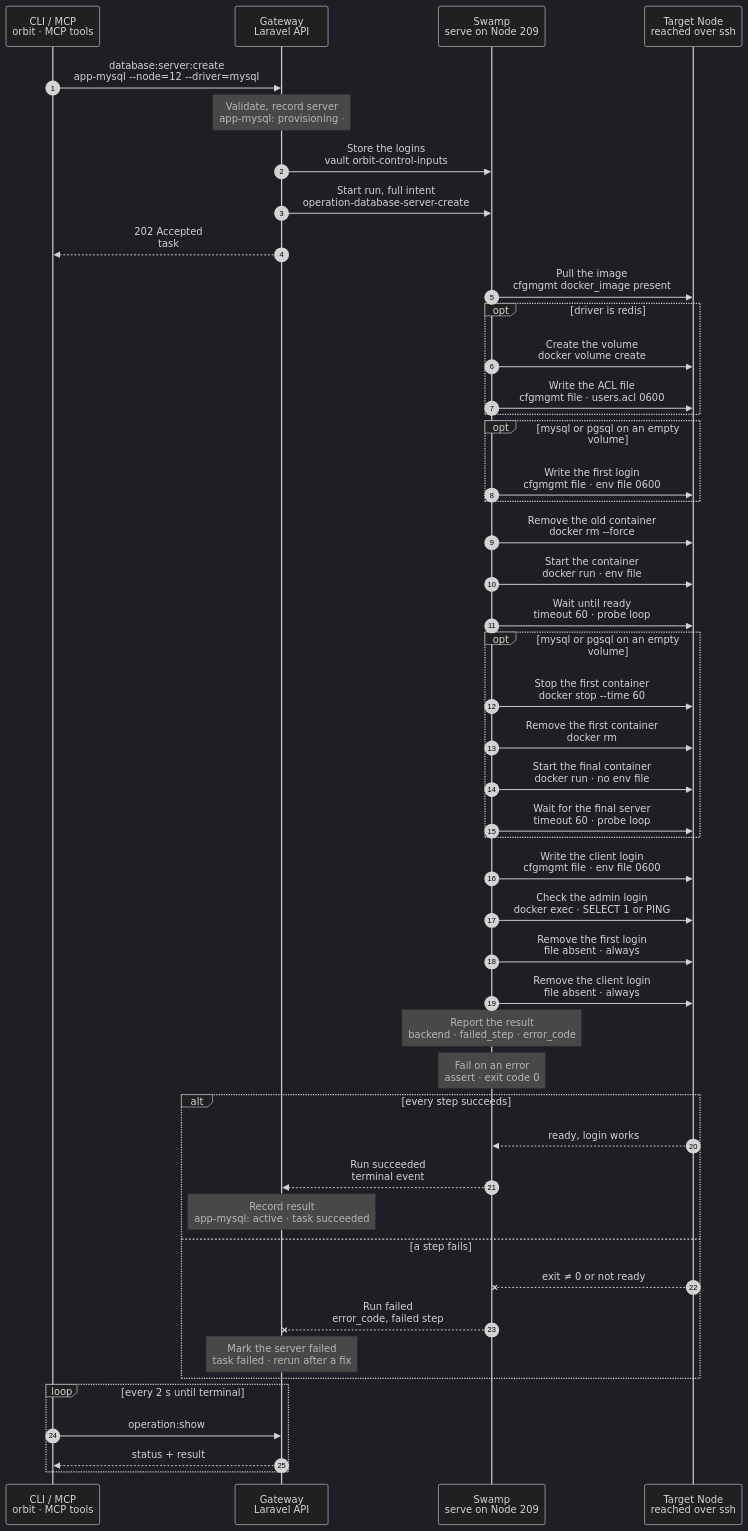
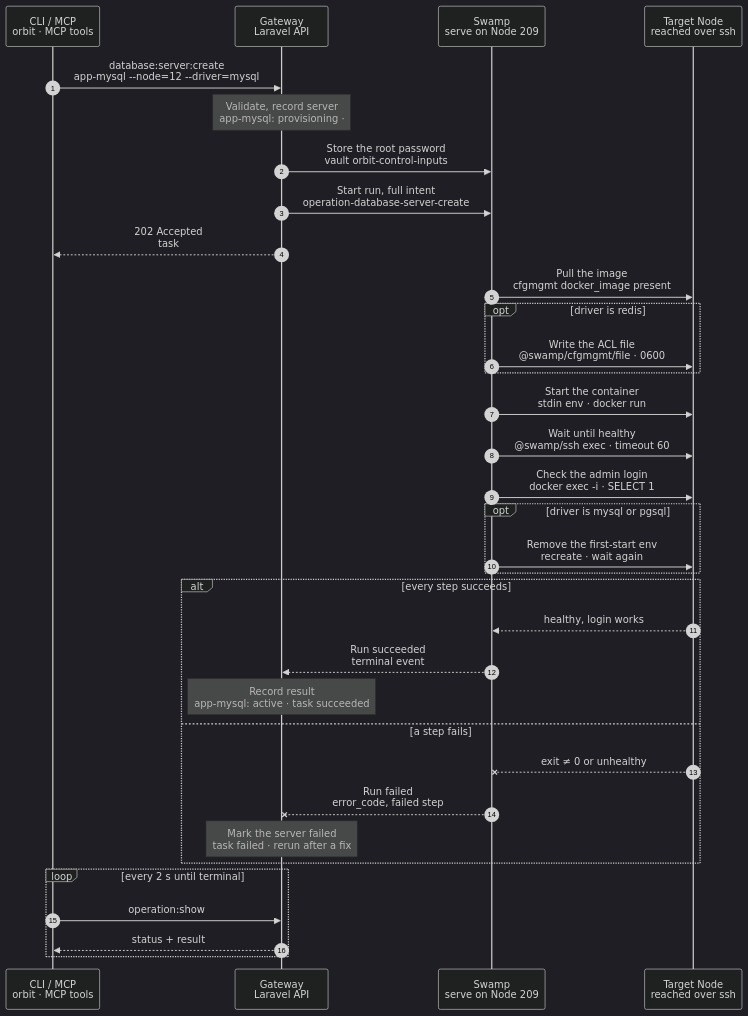
The diagram in docs/cli/database/server-create.mmd (hardimpactdev/orbit), drawn with Mermaid (dark theme) before and after one commit. The commit also changed 12 other files, not shown here.

Commit message:
refactor(databases): database:server:create follows the pass-3 chart: secrets on stdin, no login files, no report step

```diff
--- a/docs/cli/database/server-create.mmd
+++ b/docs/cli/database/server-create.mmd
@@ -1,168 +1,145 @@
 sequenceDiagram
   %% Target design: ADR 0244 task, single-swamp-node, DECISIONS R1-R4 (root password by vault key), docs/reference/database-servers.md. Valkey adoption (--process, --connection) removed.
+  %% Tightened: flow-tighten 2026-11-02, rules 14, 22 (secrets from the vault on stdin, one bounded timeout wait, docker exec -i login; no script read, report or assert step).
   %% status: draft
   %% command: database:server:create
   %% kind: database_server.create
   autonumber
   %% lane CLI icon=terminal pill=caller tone=gray
   %% lane GW icon=gateway pill=intent tone=blue
   %% lane SW icon=workflow pill=executes tone=green
   %% lane N icon=server pill=target tone=amber
   participant CLI as CLI / MCP<br/>orbit · MCP tools
   participant GW as Gateway<br/>Laravel API
   participant SW as Swamp<br/>serve on Node 209
   participant N as Target Node<br/>reached over ssh
   CLI->>GW: database:server:create<br/>app-mysql --node=12 --driver=mysql
   %%> Command:
   %%> - `orbit database:server:create app-mysql --node=12 --driver=mysql`
   %%> - syntax: `<slug> --node=NODE [--driver=mysql|pgsql|redis] [--tag=TAG] [--port=PORT] [--idempotency-key=KEY] [--json]`
   %%> Input:
   %%> - the slug of the Database server as the argument, lowercase kebab, at most 63 characters
   %%> - the Node, and optionally the driver, the image tag and the port
   %%> Defaults:
   %%> - driver `mysql`; a `redis` server runs Valkey
   %%> - tag `8.4` for mysql, `18` for pgsql, `8.1` for redis
   %%> - port `3306`, `5432` or `6379`
   %%> Not included:
   %%> - adopting an existing Valkey Process with `--process` and `--connection`; both adoptions are done, so the option is removed
   Note over GW: Validate, record server<br/>app-mysql: provisioning · #5150
   %%> Requirements:
   %%> - your Node has an access grant to Node 12
   %%> - Node 12 is an active Linux Node with Docker and a WireGuard address
   %%> - no other Database server has the slug, or this is the same request again (then it continues)
   %%> - no other Process on Node 12 publishes port 3306
   %%> - no removal of app-mysql is unfinished
   %%> What it does:
   %%> - generates the root password and stores it encrypted on the Database server record
   %%> - records the Docker Node Process `app-mysql` with image `mysql:8.4` and volume `orbit-app-mysql-data`
   %%> - takes the lock for app-mysql, so no database change runs on it at the same time
   %%> Result:
   %%> - Database server app-mysql recorded with status provisioning
   %%> - task #5150 recorded with the full intent
   %%> - nothing has happened on the Node yet
-  GW->>SW: Store the logins<br/>vault orbit-control-inputs
+  GW->>SW: Store the root password<br/>vault orbit-control-inputs
   %%> What it does:
-  %%> - writes the admin login as an env file line under the server's own key `database-server-14-client-env`
-  %%> - for mysql and pgsql on an empty volume: writes the first-start variable under `database-server-14-first-env`
-  %%> - for redis: writes the ACL file, which holds only password hashes, under `database-server-create-intent-5150`
+  %%> - writes the first-start line `MYSQL_ROOT_PASSWORD=…` under `database-server-create-start-5150`
+  %%> - writes the login check, the root password line and `SELECT 1`, under `database-server-create-login-5150`
+  %%> - for redis: also writes the ACL file, which holds only password hashes, under `database-server-create-intent-5150`
   %%> Why:
-  %%> - the password never enters the intent, the run inputs, the Process record or a command argument (R3)
-  %%> - steps read each value whole with `vault.get` into a 0600 file (Q-SECRET)
+  %%> - the password never enters the intent, the run inputs, the Process record, a file or a command argument (R3)
+  %%> - steps read each value whole with `vault.get` and pass it on standard input
   GW->>SW: Start run, full intent<br/>operation-database-server-create
   %%> What it does:
   %%> - starts one Swamp run on serve (Node 209)
   %%> Inputs:
   %%> - driver, image, port, container name and volume
   %%> - the private bindings: Node 12's WireGuard address, and its LAN address when it has one
-  %%> - the vault key names of the logins and the ACL file, never the values
-  %%> - each docker command the run needs, rendered by the Gateway
+  %%> - the vault key names of the password and the ACL file, never the values
   %%> - Node 12's address and SSH host keys; the SSH identity comes from the `swamp` role
   GW-->>CLI: 202 Accepted<br/>task #5150
   %%> What you get:
   %%> - the task number, at once
   %%> Next:
   %%> - the CLI follows the task with `operation:show`
   SW->>N: Pull the image<br/>cfgmgmt docker_image present
   %%> How:
   %%> - Swamp reaches Node 12 from 209 with the official `@swamp/cfgmgmt/docker_image` behavior, `ensure: present`
   %%> What it does:
   %%> - pulls `mysql:8.4`; an image that is already present is kept
   opt driver is redis
-    SW->>N: Create the volume<br/>docker volume create
+    SW->>N: Write the ACL file<br/>@swamp/cfgmgmt/file · 0600
     %%> What it does:
-    %%> - creates the data volume `orbit-app-valkey-data`; an existing volume is kept
-    SW->>N: Write the ACL file<br/>cfgmgmt file · users.acl 0600
-    %%> What it does:
-    %%> - writes `users.acl` into the volume with the official `@swamp/cfgmgmt/file` behavior
-    %%> - one line for the user `default` with the SHA-256 hash of the admin password, and one per ACL user
+    %%> - writes `users.acl` into the data volume with one line for the user `default` and the SHA-256 hash of the admin password
+    %%> - it holds only hashes
     %%> Why:
     %%> - Valkey starts only from this file; without it Valkey refuses to start, so a damaged server stays closed
+    %%> Repair:
+    %%> - on an active Valkey server, the same command rebuilds the file from the records, with every ACL user
   end
-  opt mysql or pgsql on an empty volume
-    SW->>N: Write the first login<br/>cfgmgmt file · env file 0600
-    %%> What it does:
-    %%> - writes `MYSQL_ROOT_PASSWORD` or `POSTGRES_PASSWORD` into a 0600 env file under `/run`
-  end
-  SW->>N: Remove the old container<br/>docker rm --force
+  SW->>N: Start the container<br/>stdin env · docker run
   %%> What it does:
-  %%> - removes a container left by an earlier run; the data volume keeps the data and the password
-  %%> Why:
-  %%> - a rerun starts over from the volume, so it needs no check of what the earlier run did
-  SW->>N: Start the container<br/>docker run · env file
-  %%> What it does:
-  %%> - starts `app-mysql` with the volume, the health probe and the port bound only on the private addresses
-  %%> - passes the first-start env file with `--env-file`
+  %%> - starts `app-mysql` with the volume, the health probe and the port bound only on the private addresses, as one `docker run` argv
+  %%> - for mysql and pgsql: `--env-file /dev/stdin` reads `MYSQL_ROOT_PASSWORD` or `POSTGRES_PASSWORD` from `vault.get`; no file holds it
+  %%> - for redis: no environment; Valkey runs with `--aclfile /data/users.acl`
+  %%> - a rerun keeps an existing container and continues from it
   %%> Never:
   %%> - binds `0.0.0.0`, an IPv6 wildcard or a public address
-  SW->>N: Wait until ready<br/>timeout 60 · probe loop
+  SW->>N: Wait until healthy<br/>@swamp/ssh exec · timeout 60
   %%> What it does:
-  %%> - runs the server's probe inside the container until it answers, at most 60 seconds (Q-WAIT)
+  %%> - one bounded command: `timeout 60` around the server's own probe, run in the container until it answers
+  %%> - MySQL and PostgreSQL accept TCP only after first-start initialization; 60 s without an answer fails the step
   %%> Why:
-  %%> - MySQL and PostgreSQL accept TCP only after their first-start initialization
-  opt mysql or pgsql on an empty volume
-    SW->>N: Stop the first container<br/>docker stop --time 60
-    %%> Why:
-    %%> - the first container carries the password variable in its environment
-    SW->>N: Remove the first container<br/>docker rm
-    SW->>N: Start the final container<br/>docker run · no env file
+  %%> - Swamp has no wait primitive, so one bounded command waits (Q-WAIT)
+  SW->>N: Check the admin login<br/>docker exec -i · SELECT 1
+  %%> What it does:
+  %%> - one `docker exec -i` that reads the root password from the first stdin line inside the container, logs in over TCP and runs `SELECT 1`
+  %%> - for redis: logs in as `default` and sends `PING`
+  %%> - the Gateway checks the answer, `1` or `PONG`, in the run's native result
+  %%> Why:
+  %%> - only the final server accepts this login, so the next step never recreates a container that is still initializing
+  opt driver is mysql or pgsql
+    SW->>N: Remove the first-start env<br/>recreate · wait again
+    %%> What it does:
+    %%> - one bounded command removes `app-mysql` and starts it again without `--env-file`; the data volume keeps the password
+    %%> - waits for the server's probe again; this is the end check for mysql and pgsql
     %%> Result:
     %%> - the password is absent from the container environment and `docker inspect`
-    SW->>N: Wait for the final server<br/>timeout 60 · probe loop
   end
-  SW->>N: Write the client login<br/>cfgmgmt file · env file 0600
-  %%> What it does:
-  %%> - writes `MYSQL_PWD`, `PGPASSWORD` or `REDISCLI_AUTH` into a 0600 env file under `/run`
-  SW->>N: Check the admin login<br/>docker exec · SELECT 1 or PING
-  %%> What it does:
-  %%> - logs in as the admin over TCP inside the container, with the env file
-  %%> Result:
-  %%> - `1` for mysql and pgsql, `PONG` for redis; anything else fails with `database.server_login_failed`
-  SW->>N: Remove the first login<br/>file absent · always
-  %%> What it does:
-  %%> - removes the first-start env file, whatever happened above
-  SW->>N: Remove the client login<br/>file absent · always
-  %%> What it does:
-  %%> - removes the client env file, whatever happened above
-  Note over SW: Report the result<br/>backend · failed_step · error_code
-  %%> What it does:
-  %%> - maps the first failed step to its error code, for example `database.server_unhealthy`
-  Note over SW: Fail on an error<br/>assert · exit code 0
-  %%> What it does:
-  %%> - fails the run when the report holds an `error_code`, so the task fails with that code
   alt every step succeeds
-    N-->>SW: ready, login works
+    N-->>SW: healthy, login works
     %%> Returns:
-    %%> - the server is ready and the admin login works
+    %%> - the container is healthy and the admin login works
     SW-->>GW: Run succeeded<br/>terminal event
     %%> How the Gateway learns it:
     %%> - its shared run reader sees the terminal event; Swamp never calls the Gateway
     Note over GW: Record result<br/>app-mysql: active · task succeeded
     %%> Result:
     %%> - Database server app-mysql becomes active, and its Process runs
     %%> - task #5150 succeeds
     %%> - `database:create --server=app-mysql` can now create databases on it
   else a step fails
-    N--xSW: exit ≠ 0 or not ready
+    N--xSW: exit ≠ 0 or unhealthy
     %%> When:
-    %%> - the pull fails, the server is not ready within 60 seconds, or the admin login fails
+    %%> - the pull fails, the container does not become healthy, or the admin login fails
     SW--xGW: Run failed<br/>error_code, failed step
     %%> The Gateway reads:
     %%> - which step failed and its error code, such as `database.server_start_failed`
     Note over GW: Mark the server failed<br/>task failed · rerun after a fix
     %%> Result:
     %%> - Database server app-mysql is marked failed, with the failed step
     %%> - task #5150 fails
     %%> On the Node:
     %%> - the container and the volume stay as they are; there is no rollback
     %%> - that is safe: a rerun reuses the recorded password, Process and volume
     %%> Retry:
     %%> - run the same command again after fixing the cause; it is a new task and continues from the current state
   end
   loop every 2 s until terminal
     CLI->>GW: operation:show #5150
     %%> What it does:
     %%> - asks for the task's status every 2 seconds until it has ended
     GW-->>CLI: status + result
     %%> Returns:
     %%> - the current status, and the result once the task has ended
   end
```
